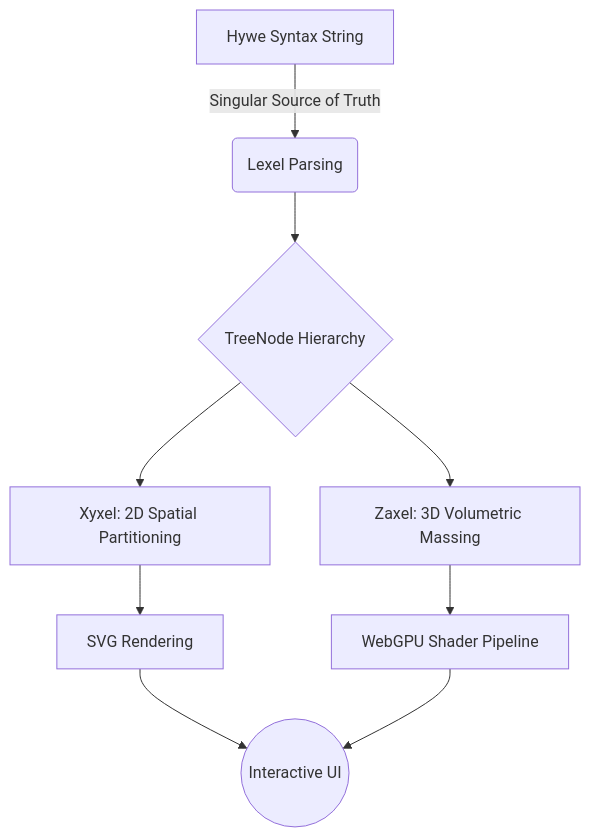
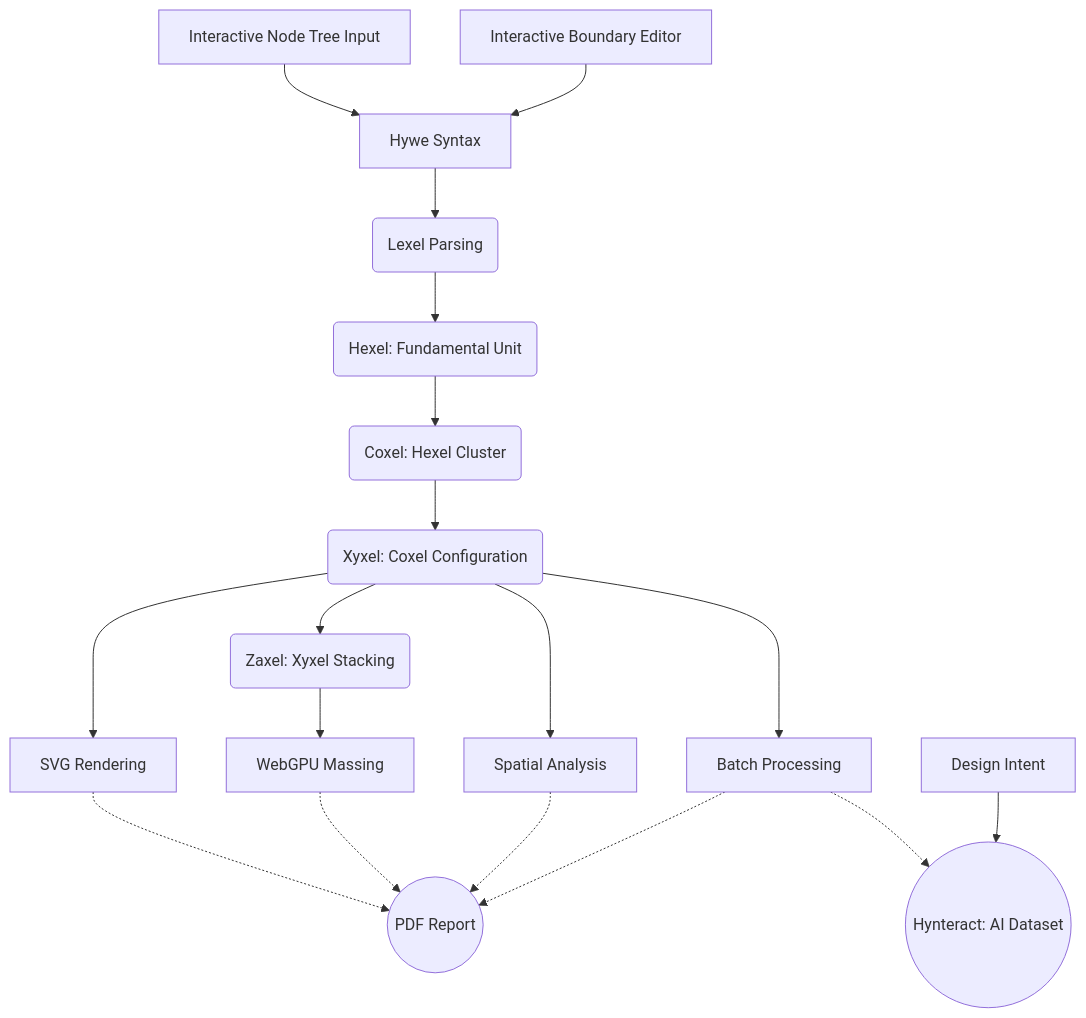
The diagram in README.md (vykrum/Hywe), drawn with Mermaid before and after one commit.

Commit message:
docs: resolve merge conflict in README.md flowchart

````diff
--- a/README.md
+++ b/README.md
@@ -86,10 +86,24 @@
 ```mermaid
 graph TD
-    A[Hywe Syntax String] -- "Singular Source of Truth" --> B(Lexel Parsing)
-    B --> C{TreeNode Hierarchy}
-    C --> D[Xyxel: 2D Spatial Partitioning]
-    C --> E[Zaxel: 3D Volumetric Massing]
-    D --> F[SVG Rendering]
-    E --> G[WebGPU Shader Pipeline]
-    F & G --> H((Interactive UI))
+    A1[Interactive Node Tree Input] --> B[Hywe Syntax]
+    A2[Interactive Boundary Editor] --> B[Hywe Syntax]
+    B --> C(Lexel Parsing)
+    C --> D(Hexel: Fundamental Unit)
+    D --> E(Coxel: Hexel Cluster)
+    E --> F(Xyxel: Coxel Configuration)
+    F --> G(Zaxel: Xyxel Stacking)
+    
+    F --> F1[SVG Rendering]
+    G --> G1[WebGPU Massing]
+    
+    F --> H[Spatial Analysis]
+    F --> I[Batch Processing]
+    
+    F1 -.-> ReportLabel((PDF Report))
+    G1 -.-> ReportLabel
+    H -.-> ReportLabel
+    I -.-> ReportLabel
+    
+    I -.-> DatasetLabel((Hynteract: AI Dataset))
+    DesignIntent[Design Intent] --> DatasetLabel
 ```
````
